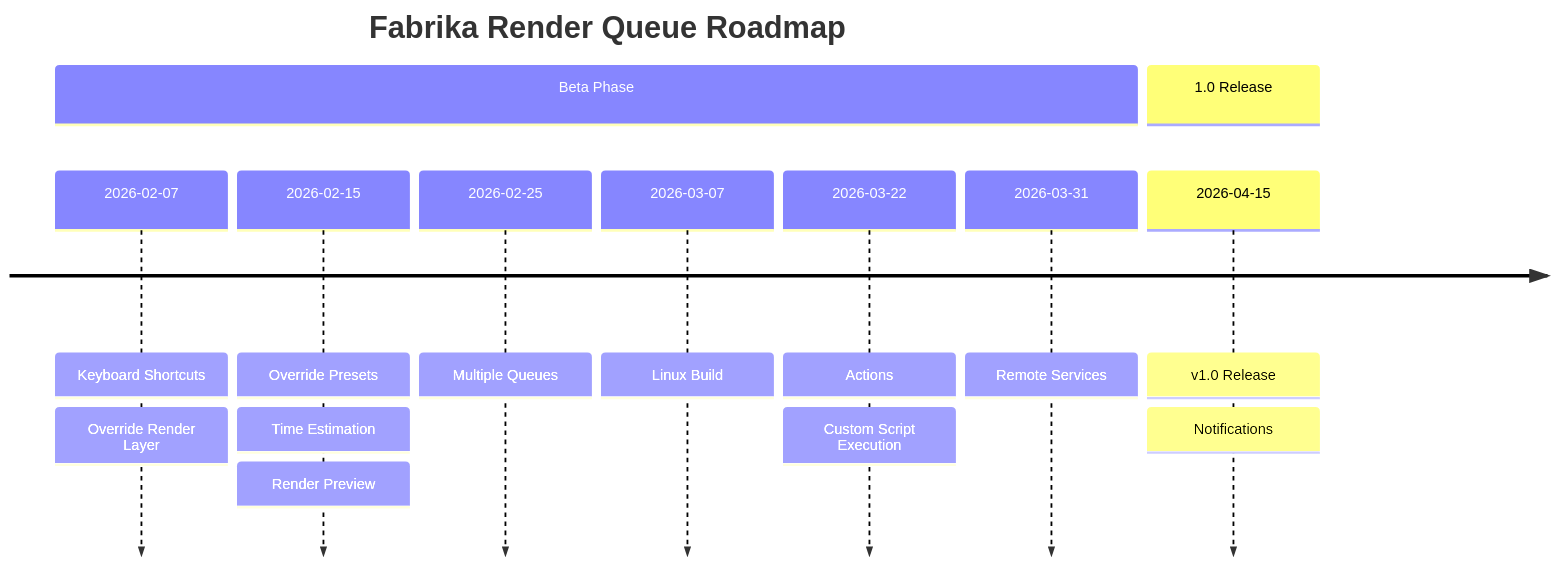
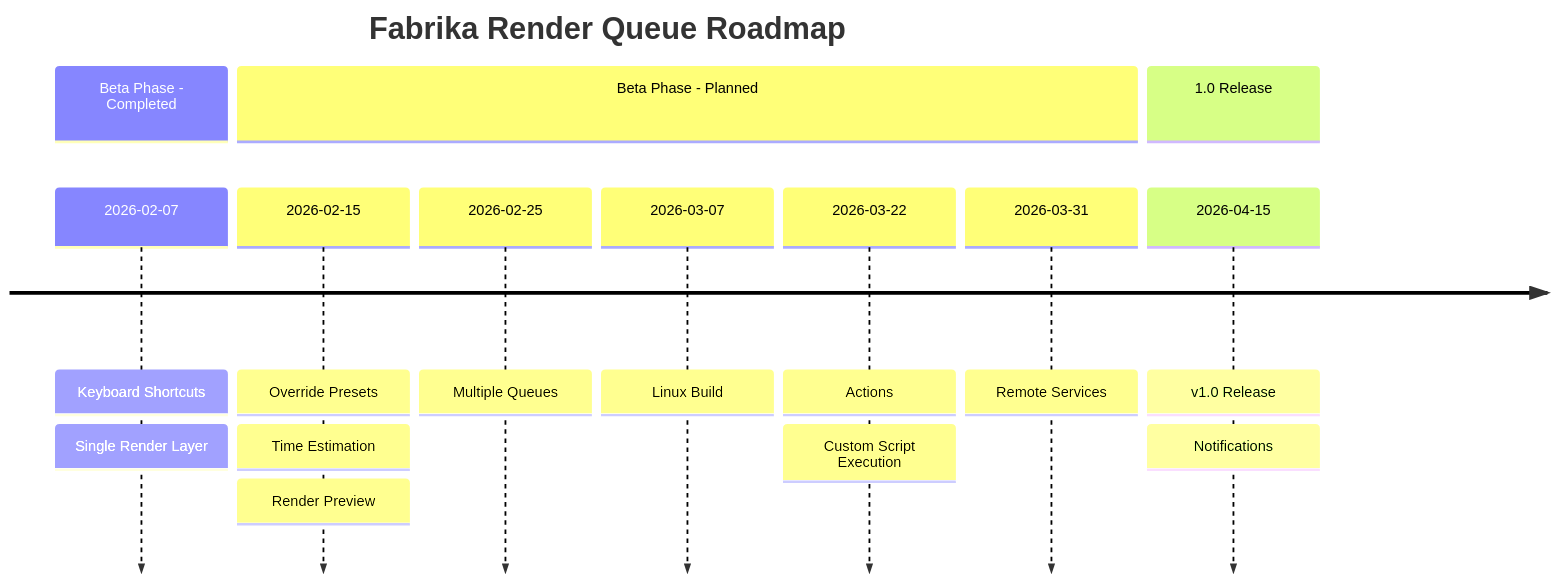
The diagram in docs/roadmap.md (jonathan-jesus/fabrika-queue-docs), drawn with Mermaid before and after one commit. The commit also changed 1 other file, not shown here.

Commit message:
Updated roadmap

````diff
--- a/docs/roadmap.md
+++ b/docs/roadmap.md
@@ -13,13 +13,14 @@
 ```mermaid
 timeline
     title Fabrika Render Queue Roadmap
-    section Beta Phase
-        2026-02-07 : Keyboard Shortcuts : Override Render Layer
+    section Beta Phase - Completed
+        2026-02-07 : Keyboard Shortcuts : Single Render Layer
+    section Beta Phase - Planned
         2026-02-15 : Override Presets : Time Estimation : Render Preview
         2026-02-25 : Multiple Queues
         2026-03-07 : Linux Build
         2026-03-22 : Actions : Custom Script Execution
         2026-03-31 : Remote Services
     section 1.0 Release
         2026-04-15 : v1.0 Release : Notifications
 ```
````
